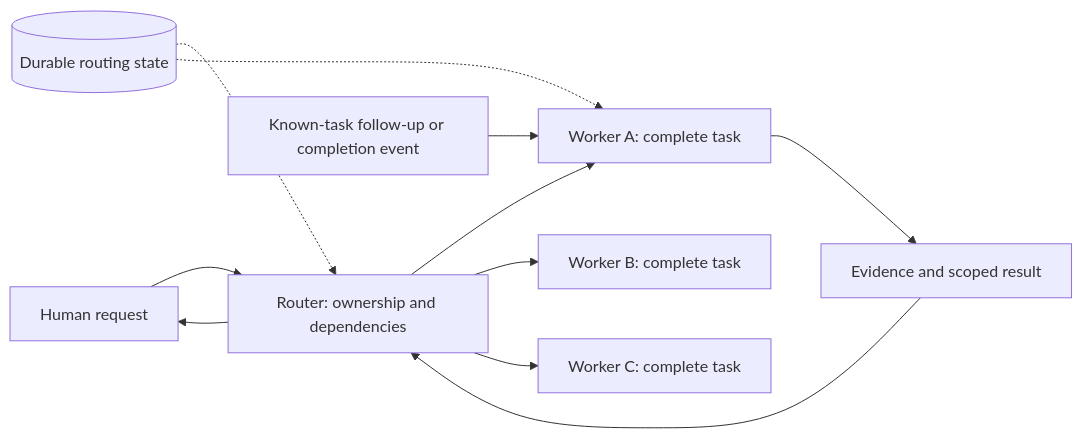
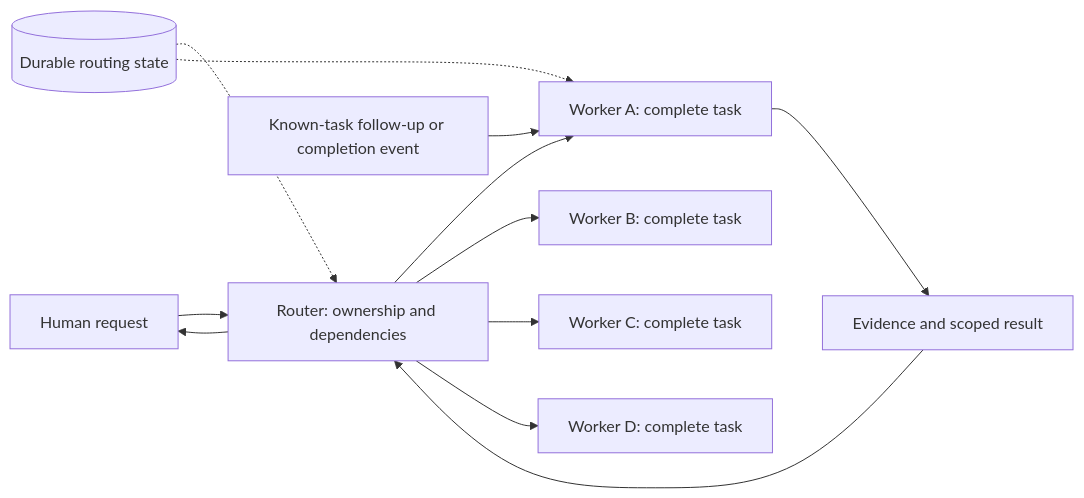
The diagram in README.md (lishuoipad/codex-superagent), drawn with Mermaid before and after one commit. The commit also changed other lines of this file and 2 other files, not shown here.

Commit message:
docs: align setup examples with four-worker team

```diff
--- a/README.md
+++ b/README.md
@@ -31,13 +31,14 @@
 ~~~mermaid
 flowchart LR
     U[Human request] --> R[Router: ownership and dependencies]
     R --> A[Worker A: complete task]
     R --> B[Worker B: complete task]
     R --> C[Worker C: complete task]
+    R --> D[Worker D: complete task]
     E[Known-task follow-up or completion event] --> A
-    A --> D[Evidence and scoped result]
-    D --> R
+    A --> O[Evidence and scoped result]
+    O --> R
     R --> U
     S[(Durable routing state)] -.-> R
     S -.-> A
 ~~~
```
